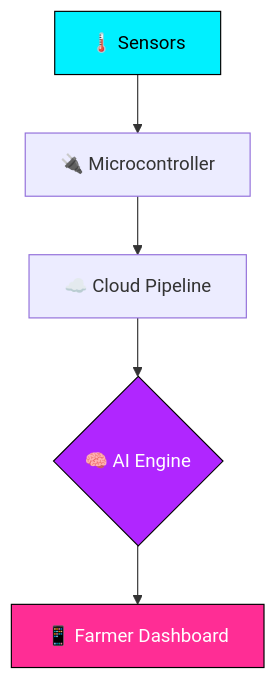
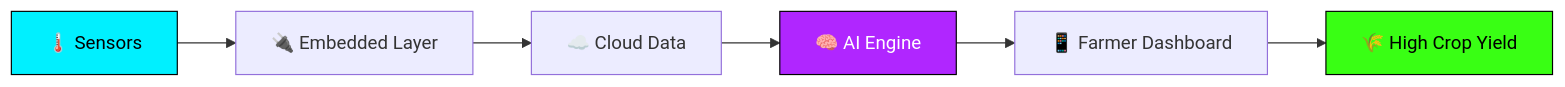
Before and after one commit to sabeeshvar/Portfolio: the first of 2 diagrams in README.md, drawn with Mermaid. The commit also changed other lines of this file, not shown here.

````diff
--- a/README.md
+++ b/README.md
@@ -190,11 +197,12 @@
 ```mermaid
-flowchart TD
-    A[🌡️ Sensors] --> B[🔌 Microcontroller]
-    B --> C[☁️ Cloud Pipeline]
-    C --> D{🧠 AI Engine}
+flowchart LR
+    A[🌡️ Sensors] --> B[🔌 Embedded Layer]
+    B --> C[☁️ Cloud Data]
+    C --> D[🧠 AI Engine]
     D --> E[📱 Farmer Dashboard]
+    E --> F[🌾 High Crop Yield]
 
     style A fill:#00F0FF,stroke:#000,color:#000
     style D fill:#B026FF,stroke:#000,color:#fff
-    style E fill:#FF2D95,stroke:#000,color:#fff
+    style F fill:#39FF14,stroke:#000,color:#000
 ```
````
